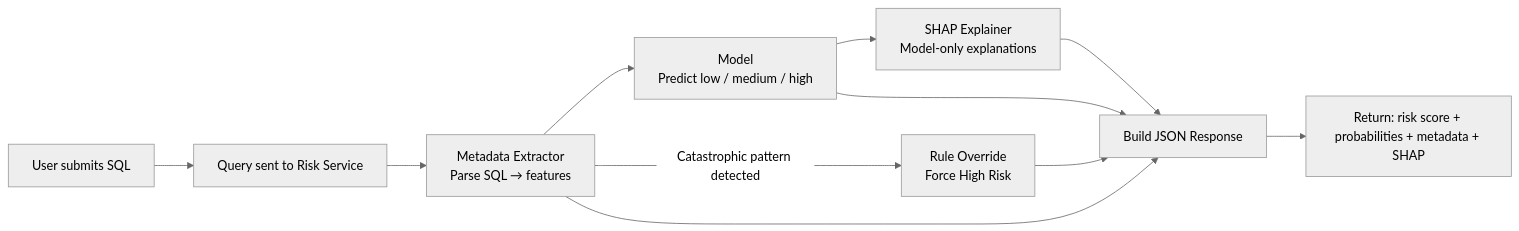
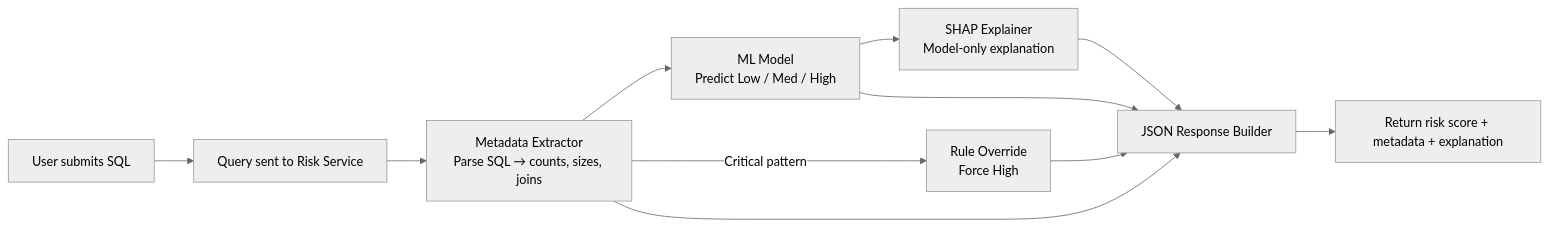
The first of 3 diagrams in README.md (SIDDHARTH-PADIGAR/Query_Risk_PoC), drawn with Mermaid before and after one commit. The commit also changed other lines of this file, not shown here.

First line of the commit message:
Revise README for Query Risk Scoring System

````diff
--- a/README.md
+++ b/README.md
@@ -31,20 +35,21 @@
 ```mermaid
 %%{init: {'theme':'neutral'}}%%
 flowchart LR
 
 A[User submits SQL] --> B[Query sent to Risk Service]
 
-B --> C[Metadata Extractor<br/>Parse SQL → features]
-C --> D[Model<br/>Predict low / medium / high]
+B --> C[Metadata Extractor<br/>Parse SQL → counts, sizes, joins]
+C --> D[ML Model<br/>Predict Low / Med / High]
 
-D --> E[SHAP Explainer<br/>Model-only explanations]
-C -->|Catastrophic pattern detected| F[Rule Override<br/>Force High Risk]
+%% SHAP and rules
+D --> E[SHAP Explainer<br/>Model-only explanation]
+C -->|Critical pattern| F[Rule Override<br/>Force High]
 
-E --> G[Build JSON Response]
+%% Response assembly
+E --> G[JSON Response Builder]
 F --> G
 D --> G
 C --> G
 
-G --> H[Return: risk score + probabilities + metadata + SHAP]
-
+G --> H[Return risk score + metadata + explanation]
 ```
````
